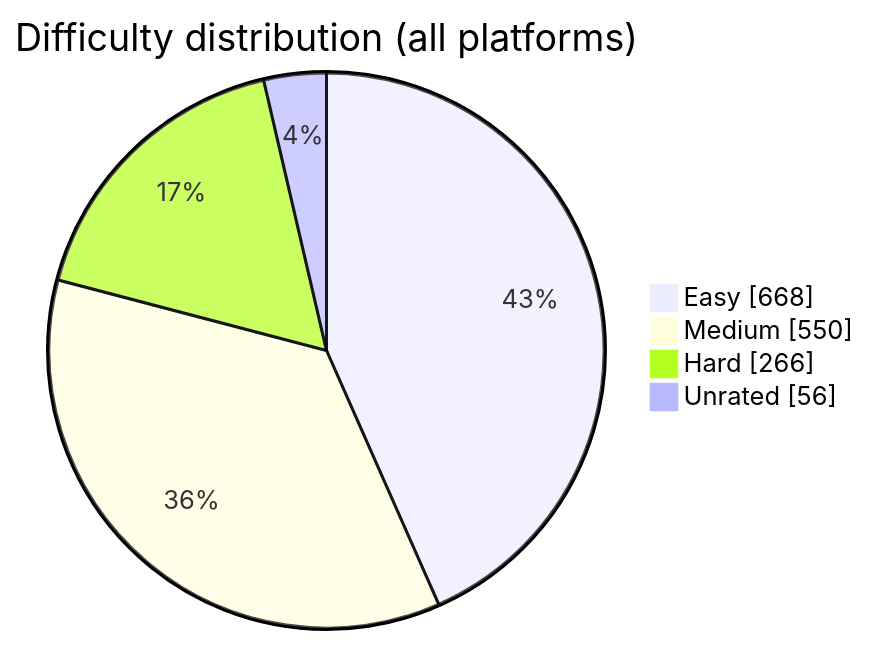
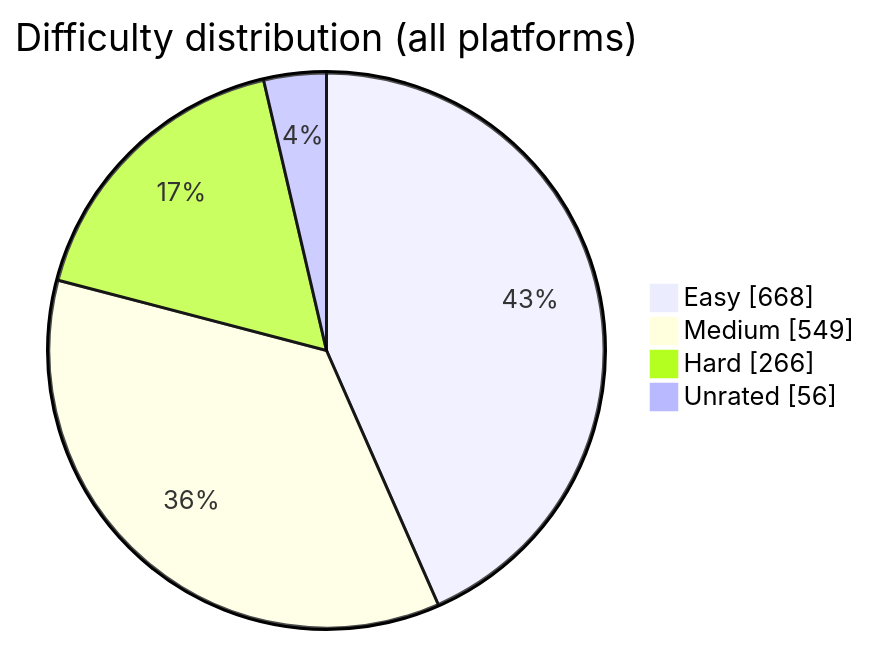
Before and after one commit to BuildbyArindam/Daily-Coding-Log: the diagram in README.md, drawn with Mermaid. The commit also changed other lines of this file, not shown here.

````diff
--- a/README.md
+++ b/README.md
@@ -93,7 +93,7 @@
 ```mermaid
 pie showData title Difficulty distribution (all platforms)
     "Easy" : 668
-    "Medium" : 550
+    "Medium" : 549
     "Hard" : 266
     "Unrated" : 56
 ```
````
